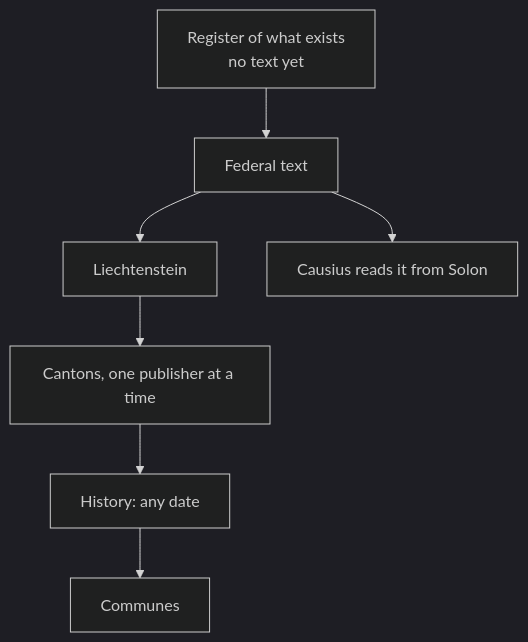
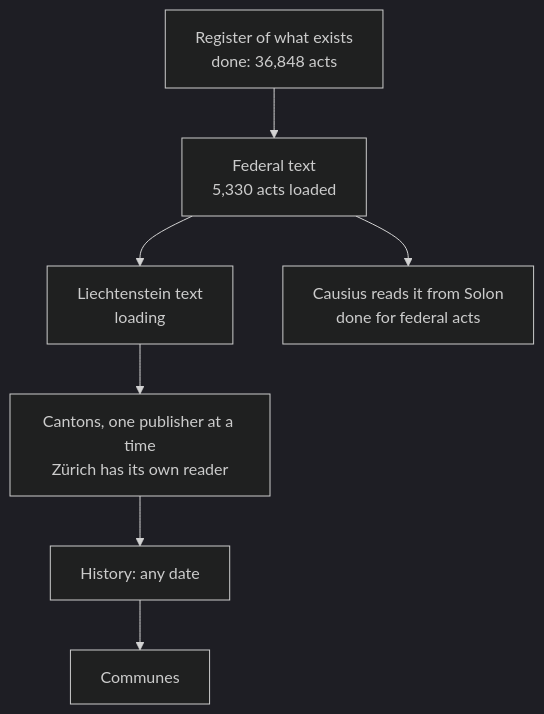
Before and after one commit to bitbaum/orangecat: the diagram in content/blog/every-law-on-the-books.md, drawn with Mermaid (dark theme). The commit also changed other lines of this file, not shown here.

First line of the commit message:
docs(blog): every law on the books — what is in, measured on 23 October

````diff
--- a/content/blog/every-law-on-the-books.md
+++ b/content/blog/every-law-on-the-books.md
@@ -37,9 +38,9 @@
 ```mermaid
 flowchart TD
-  L0["Register of what exists<br/>no text yet"] --> L1["Federal text"]
-  L1 --> L2["Liechtenstein"]
-  L2 --> L3["Cantons, one publisher at a time"]
+  L0["Register of what exists<br/>done: 36,848 acts"] --> L1["Federal text<br/>5,330 acts loaded"]
+  L1 --> L2["Liechtenstein text<br/>loading"]
+  L2 --> L3["Cantons, one publisher at a time<br/>Zürich has its own reader"]
   L3 --> L4["History: any date"]
   L4 --> L5["Communes"]
-  L1 --> L6["Causius reads it from Solon"]
+  L1 --> L6["Causius reads it from Solon<br/>done for federal acts"]
 ```
````
